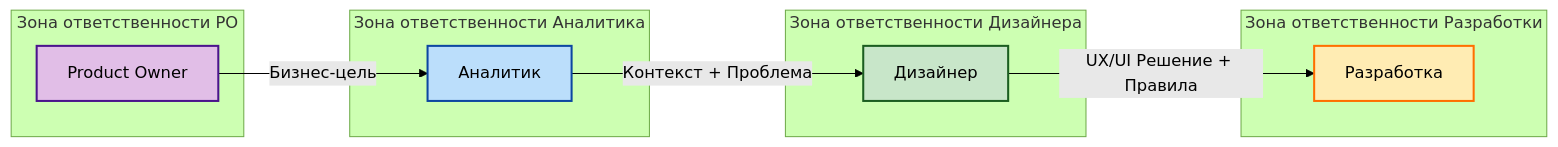
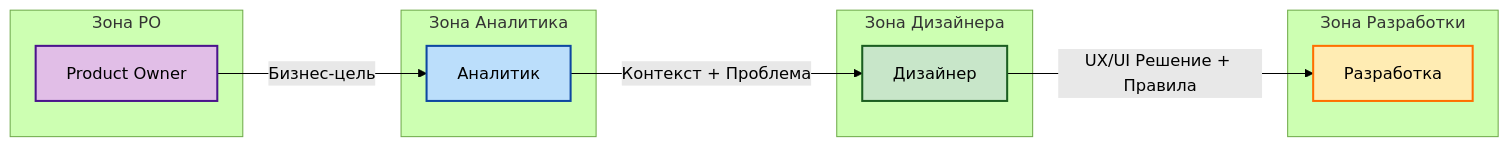
One commit to codenol/gist changed the first of 4 diagrams in docs/analytics/05-процесс-работы-команды.md. Above: the diagram before and after it, drawn with Mermaid (forest theme). The commit also changed other lines of this file, not shown here.

````diff
--- a/docs/analytics/05-процесс-работы-команды.md
+++ b/docs/analytics/05-процесс-работы-команды.md
@@ -32,27 +32,27 @@
 ```mermaid
 graph LR
     PO[Product Owner] -->|Бизнес-цель| AN[Аналитик]
     AN -->|Контекст + Проблема| DES[Дизайнер]
     DES -->|UX/UI Решение + Правила| DEV[Разработка]
     
-    subgraph "Зона ответственности PO"
+    subgraph "Зона PO"
     PO
     end
     
-    subgraph "Зона ответственности Аналитика"
+    subgraph "Зона Аналитика"
     AN
     end
     
-    subgraph "Зона ответственности Дизайнера"
+    subgraph "Зона Дизайнера"
     DES
     end
     
-    subgraph "Зона ответственности Разработки"
+    subgraph "Зона Разработки"
     DEV
     end
     
     style PO fill:#E1BEE7,stroke:#4A148C,stroke-width:2px,color:#000000
     style AN fill:#BBDEFB,stroke:#0D47A1,stroke-width:2px,color:#000000
     style DES fill:#C8E6C9,stroke:#1B5E20,stroke-width:2px,color:#000000
     style DEV fill:#FFECB3,stroke:#FF6F00,stroke-width:2px,color:#000000
 ```
````
